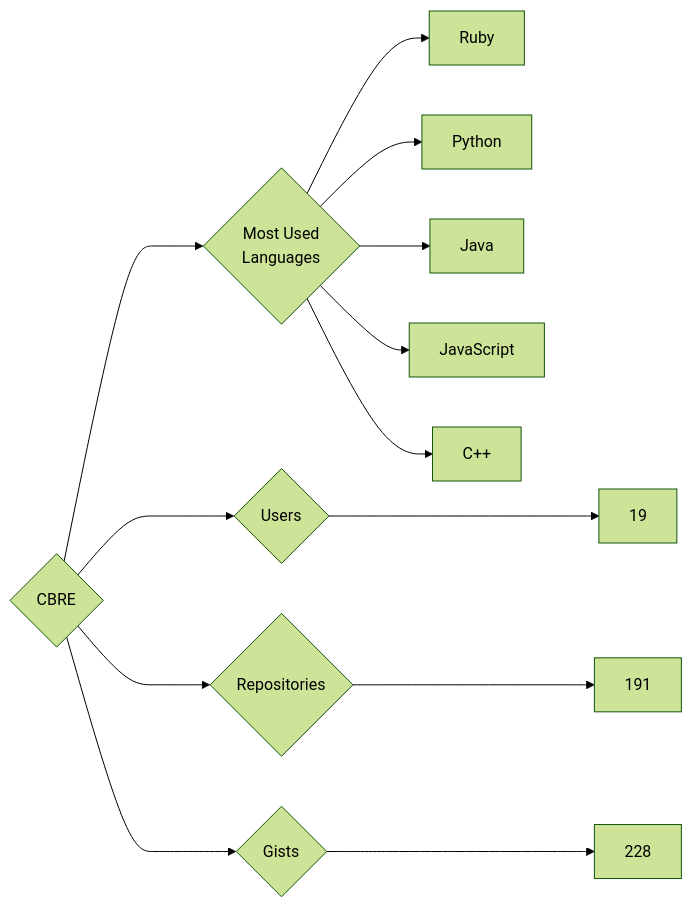
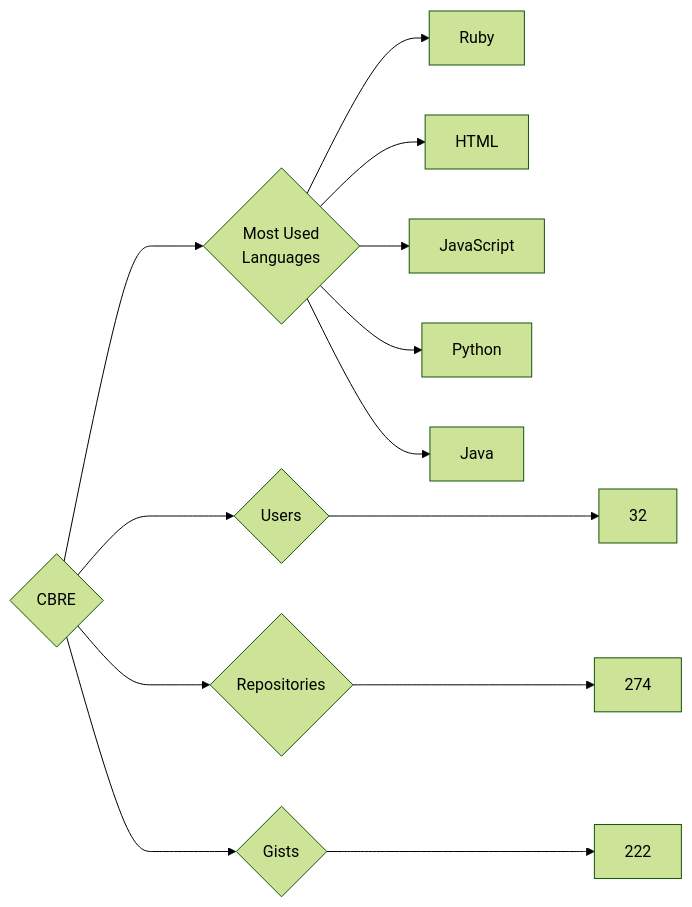
One commit to trickest/insiders changed the diagram in targets/CBRE/README.md. Above: the diagram before and after it, drawn with Mermaid (forest theme). The commit also changed 838 other files, not shown here.

````diff
--- a/targets/CBRE/README.md
+++ b/targets/CBRE/README.md
@@ -3,13 +3,13 @@
 ```mermaid
 graph LR
 COMPANY_NAME{CBRE}
-COMPANY_NAME ---> U{Users} ---> UN[19]
-COMPANY_NAME ---> R{Repositories} ---> RN[191]
-COMPANY_NAME ---> G{Gists} ---> GN[228]
+COMPANY_NAME ---> U{Users} ---> UN[32]
+COMPANY_NAME ---> R{Repositories} ---> RN[274]
+COMPANY_NAME ---> G{Gists} ---> GN[222]
 COMPANY_NAME ---> ML{Most Used<br>Languages}
 ML --> Ruby[Ruby]
+ML --> HTML[HTML]
+ML --> JavaScript[JavaScript]
 ML --> Python[Python]
 ML --> Java[Java]
-ML --> JavaScript[JavaScript]
-ML --> C++[C++]
 ```
````
